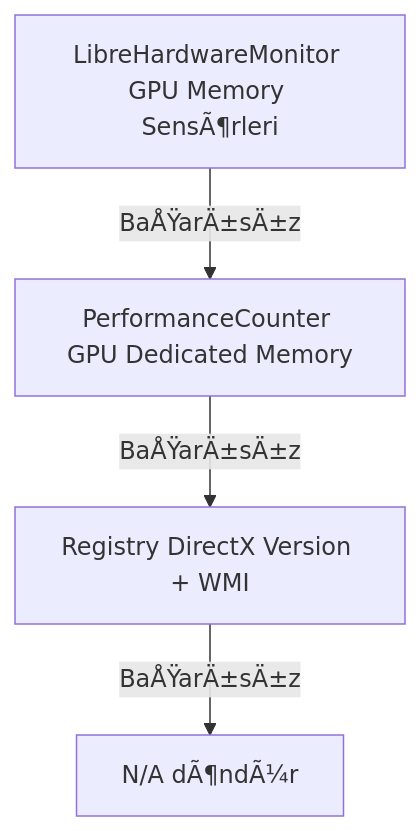
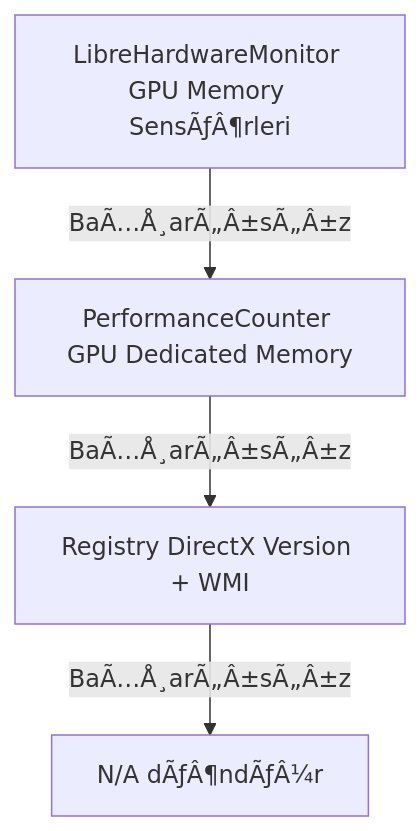
One commit to siklone/RegProbe changed the third of 7 diagrams in Docs/ARCHITECTURE_DEEP_DIVE.md. Above: the diagram before and after it, drawn with Mermaid. The commit also changed other lines of this file and 9 other files, not shown here.

````diff
--- a/Docs/ARCHITECTURE_DEEP_DIVE.md
+++ b/Docs/ARCHITECTURE_DEEP_DIVE.md
@@ -87,6 +87,6 @@
 ```mermaid
 graph TD
-    A[LibreHardwareMonitor GPU Memory SensÃ¶rleri] -->|BaÅŸarÄ±sÄ±z| B[PerformanceCounter GPU Dedicated Memory]
-    B -->|BaÅŸarÄ±sÄ±z| C[Registry DirectX Version + WMI]
-    C -->|BaÅŸarÄ±sÄ±z| D["N/A" dÃ¶ndÃ¼r]
+    A[LibreHardwareMonitor GPU Memory SensÃƒÂ¶rleri] -->|BaÃ…Å¸arÃ„Â±sÃ„Â±z| B[PerformanceCounter GPU Dedicated Memory]
+    B -->|BaÃ…Å¸arÃ„Â±sÃ„Â±z| C[Registry DirectX Version + WMI]
+    C -->|BaÃ…Å¸arÃ„Â±sÃ„Â±z| D["N/A" dÃƒÂ¶ndÃƒÂ¼r]
 ```
````
